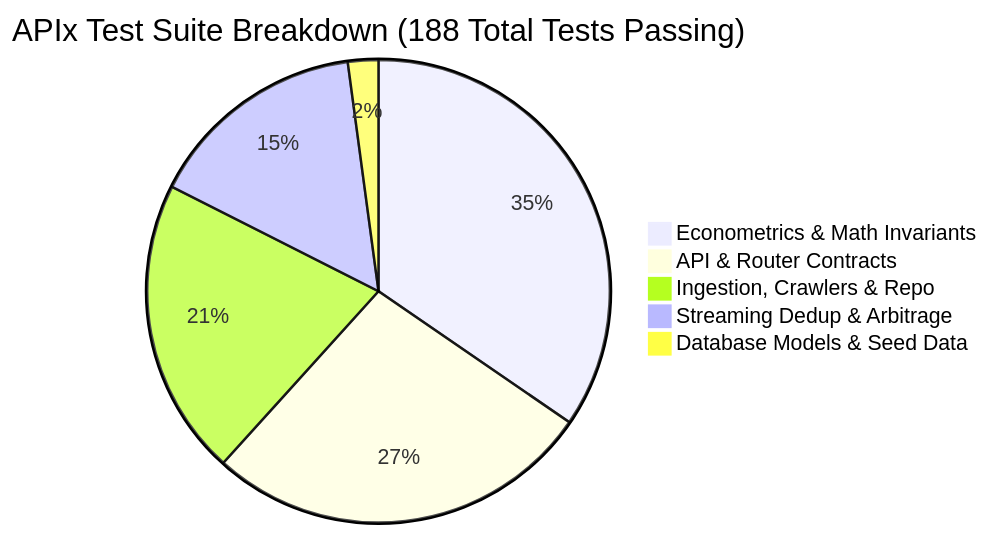
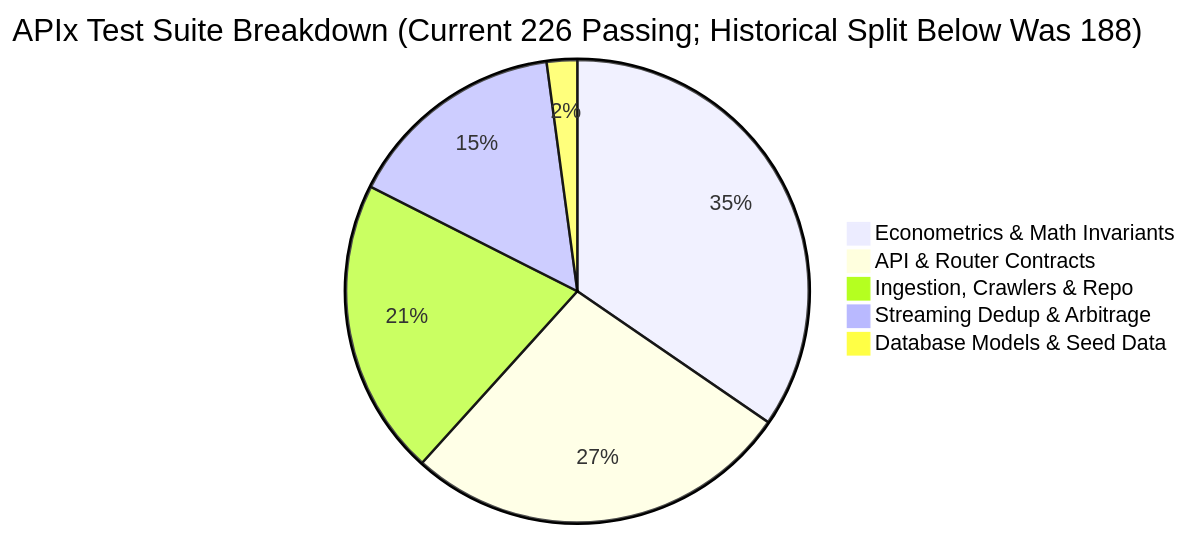
Before and after one commit to SameerKumar05/APIx: the fifth of 5 diagrams in docs/APIX_MASTER_SPECIFICATION.md, drawn with Mermaid. The commit also changed other lines of this file and 2 other files, not shown here.

Commit message:
docs(spec): sync suite counts and live scraping findings

````diff
--- a/docs/APIX_MASTER_SPECIFICATION.md
+++ b/docs/APIX_MASTER_SPECIFICATION.md
@@ -738,8 +746,8 @@
 ```mermaid
-pie title APIx Test Suite Breakdown (188 Total Tests Passing)
+pie title APIx Test Suite Breakdown (Current 226 Passing; Historical Split Below Was 188)
     "Econometrics & Math Invariants" : 65
     "API & Router Contracts" : 51
     "Ingestion, Crawlers & Repo" : 39
     "Streaming Dedup & Arbitrage" : 29
     "Database Models & Seed Data" : 4
 ```
````
